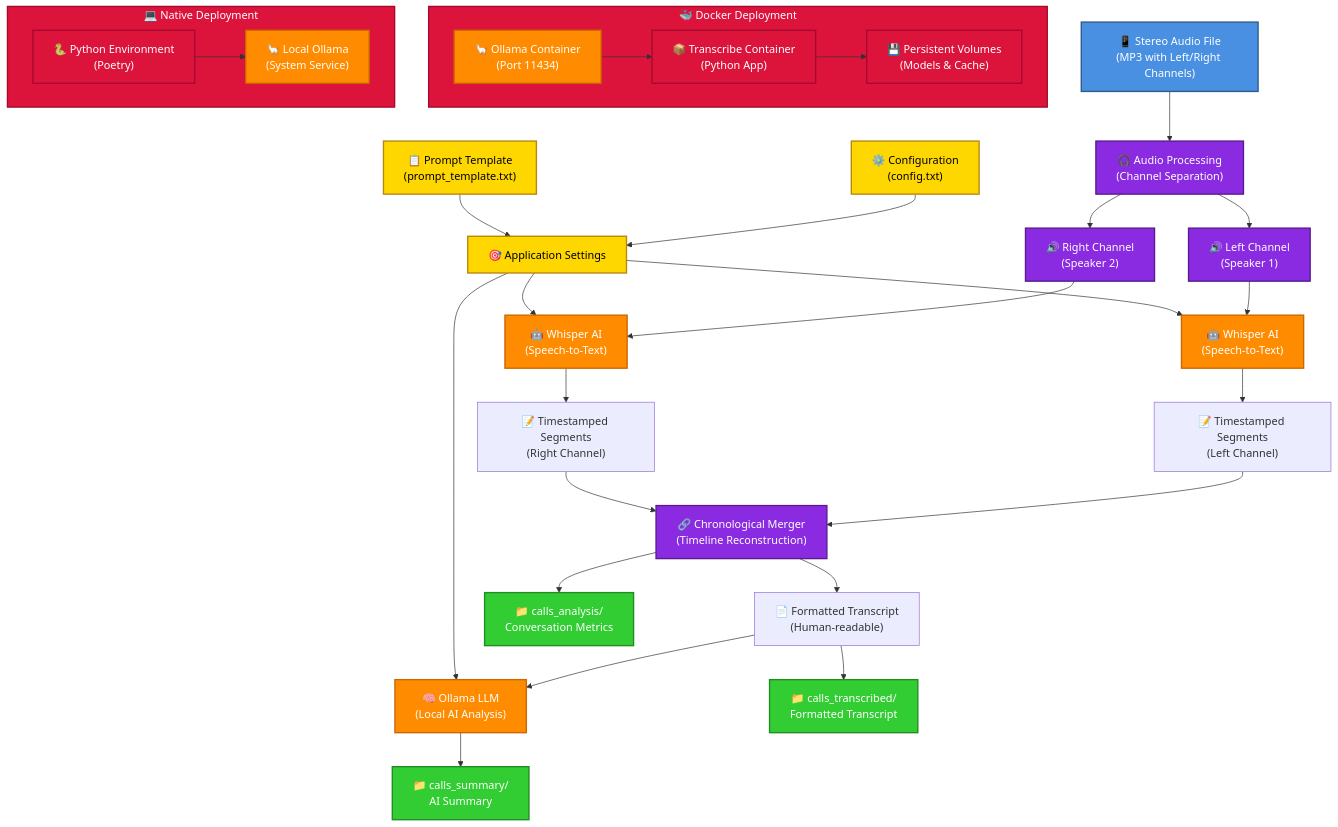
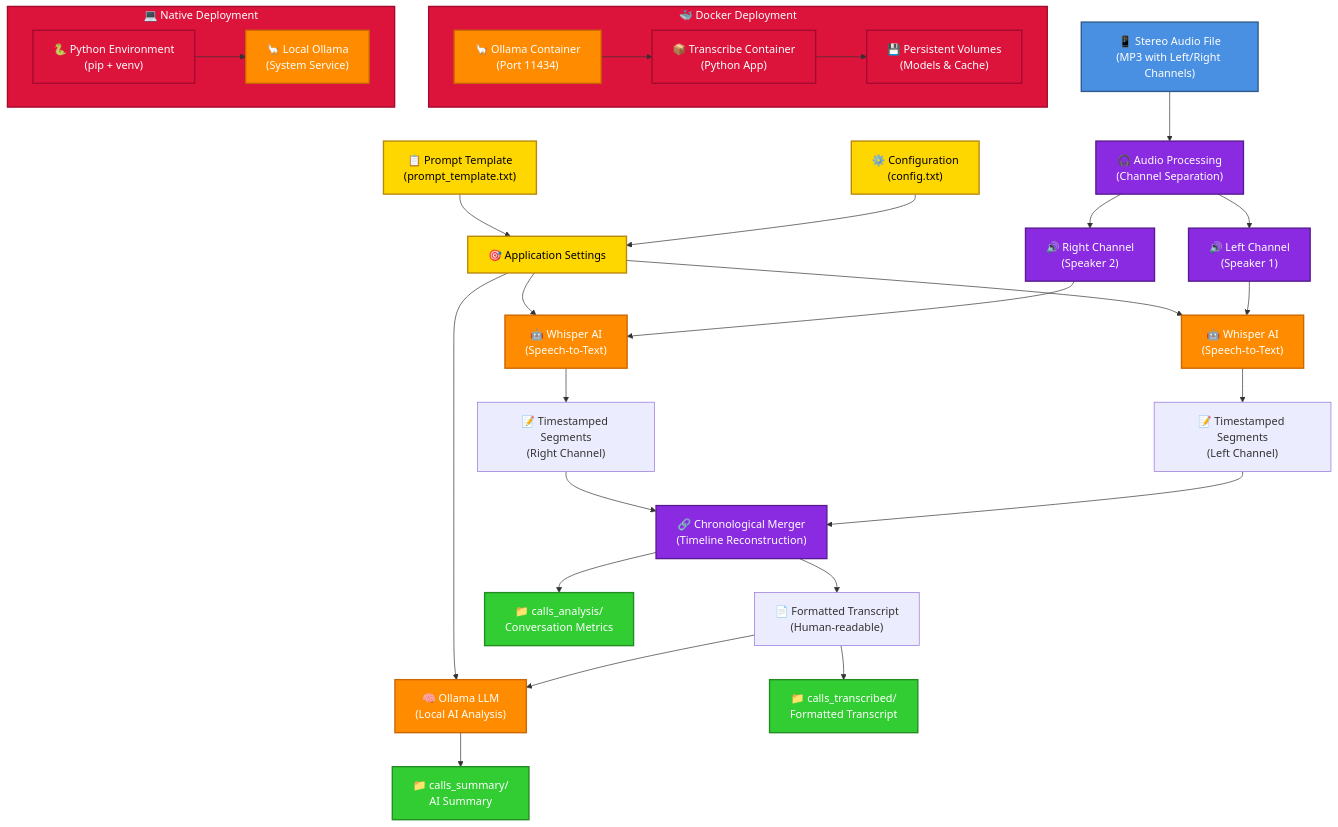
The diagram in README.md (johnhegs/phone-call-transcription), drawn with Mermaid before and after one commit. The commit also changed other lines of this file, not shown here.

First line of the commit message:
Restructure README.md for better logical flow and eliminate repetition

````diff
--- a/README.md
+++ b/README.md
@@ -7,71 +7,71 @@
 ```mermaid
 flowchart TD
     %% Input Layer
     A["📱 Stereo Audio File<br/>(MP3 with Left/Right Channels)"] --> B["🎧 Audio Processing<br/>(Channel Separation)"]
     
     %% Audio Processing Layer
     B --> C["🔊 Left Channel<br/>(Speaker 1)"]
     B --> D["🔊 Right Channel<br/>(Speaker 2)"]
     
     %% Transcription Layer
     C --> E["🤖 Whisper AI<br/>(Speech-to-Text)"]
     D --> F["🤖 Whisper AI<br/>(Speech-to-Text)"]
     
     %% Processing Layer
     E --> G["📝 Timestamped Segments<br/>(Left Channel)"]
     F --> H["📝 Timestamped Segments<br/>(Right Channel)"]
     
     G --> I["🔗 Chronological Merger<br/>(Timeline Reconstruction)"]
     H --> I
     
     %% Analysis Layer
     I --> J["📄 Formatted Transcript<br/>(Human-readable)"]
     
     %% AI Summarisation Layer
     J --> K["🧠 Ollama LLM<br/>(Local AI Analysis)"]
     
     %% Configuration Layer
     L["⚙️ Configuration<br/>(config.txt)"] --> M["🎯 Application Settings"]
     N["📋 Prompt Template<br/>(prompt_template.txt)"] --> M
     
     M --> E
     M --> F
     M --> K
     
     %% Output Layer
     J --> O["📁 calls_transcribed/<br/>Formatted Transcript"]
     K --> P["📁 calls_summary/<br/>AI Summary"]
     I --> Q["📁 calls_analysis/<br/>Conversation Metrics"]
     
     %% Deployment Options
     subgraph Docker ["🐳 Docker Deployment"]
         R["🦙 Ollama Container<br/>(Port 11434)"]
         S["📦 Transcribe Container<br/>(Python App)"]
         T["💾 Persistent Volumes<br/>(Models & Cache)"]
         
         R --> S
         S --> T
     end
     
     subgraph Native ["💻 Native Deployment"]
-        U["🐍 Python Environment<br/>(Poetry)"]
+        U["🐍 Python Environment<br/>(pip + venv)"]
         V["🦙 Local Ollama<br/>(System Service)"]
         
         U --> V
     end
     
     %% Styling - optimised for both light and dark modes
     classDef inputStyle fill:#4A90E2,stroke:#2E5C8A,stroke-width:2px,color:#FFFFFF
     classDef processStyle fill:#8A2BE2,stroke:#5A1B8F,stroke-width:2px,color:#FFFFFF
     classDef aiStyle fill:#FF8C00,stroke:#CC6600,stroke-width:2px,color:#FFFFFF
     classDef outputStyle fill:#32CD32,stroke:#228B22,stroke-width:2px,color:#FFFFFF
     classDef configStyle fill:#FFD700,stroke:#B8860B,stroke-width:2px,color:#000000
     classDef deployStyle fill:#DC143C,stroke:#A50A2E,stroke-width:2px,color:#FFFFFF
     
     class A inputStyle
     class B,C,D,I processStyle
     class E,F,K,R,V aiStyle
     class O,P,Q outputStyle
     class L,N,M configStyle
     class Docker,Native,S,T,U deployStyle
 ```
````
